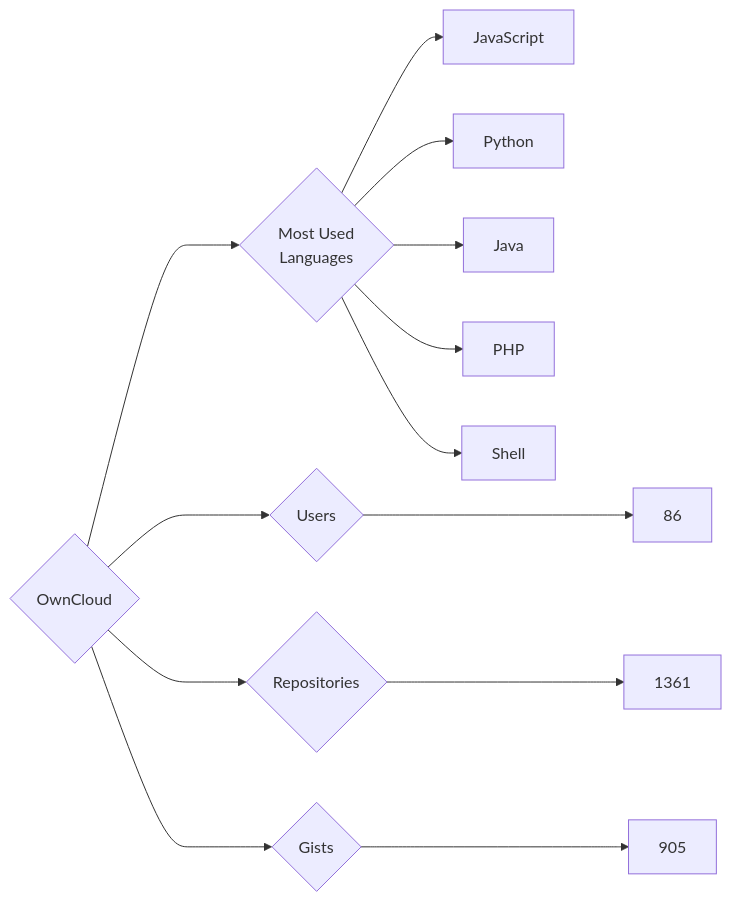
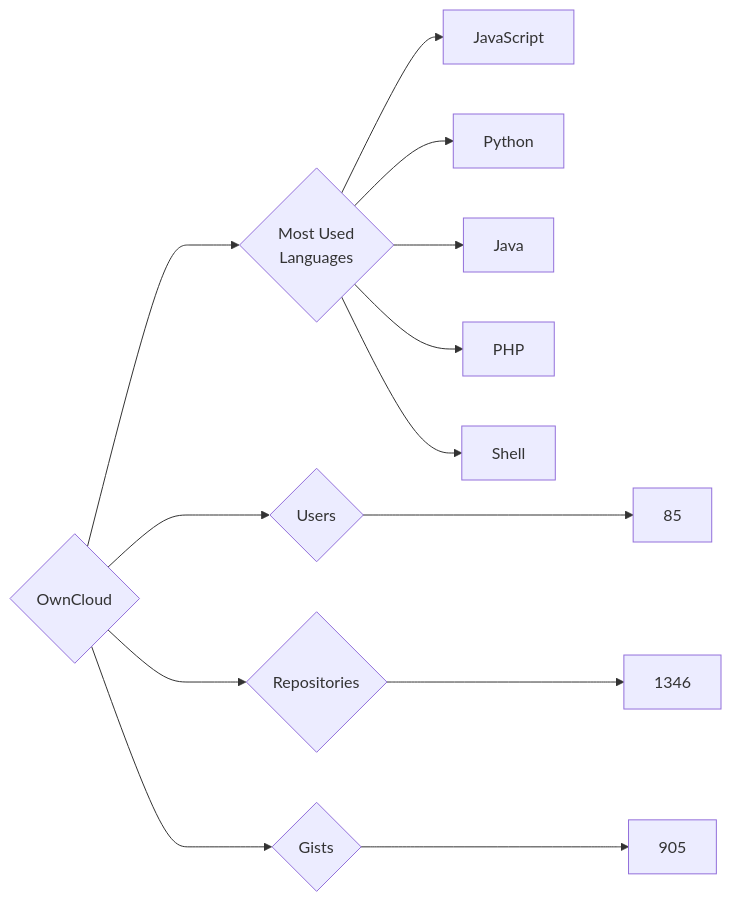
Before and after one commit to trickest/insiders: the diagram in targets/OwnCloud/README.md, drawn with Mermaid. The commit also changed 860 other files, not shown here.

````diff
--- a/targets/OwnCloud/README.md
+++ b/targets/OwnCloud/README.md
@@ -3,13 +3,13 @@
 ```mermaid
 graph LR
 COMPANY_NAME{OwnCloud}
-COMPANY_NAME ---> U{Users} ---> UN[86]
-COMPANY_NAME ---> R{Repositories} ---> RN[1361]
+COMPANY_NAME ---> U{Users} ---> UN[85]
+COMPANY_NAME ---> R{Repositories} ---> RN[1346]
 COMPANY_NAME ---> G{Gists} ---> GN[905]
 COMPANY_NAME ---> ML{Most Used<br>Languages}
 ML --> JavaScript[JavaScript]
 ML --> Python[Python]
 ML --> Java[Java]
 ML --> PHP[PHP]
 ML --> Shell[Shell]
 ```
````
